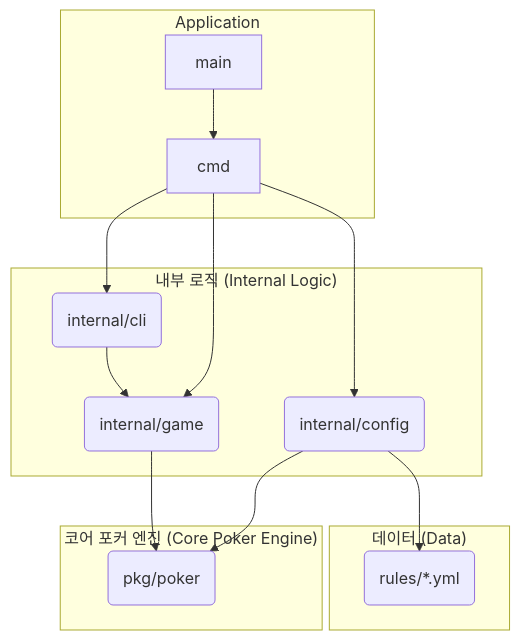
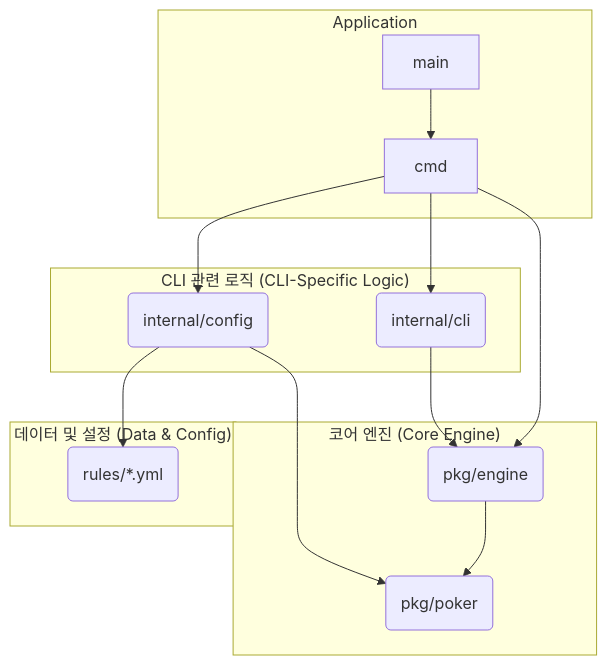
Before and after one commit to philipjkim/pls7-cli: the diagram in docs/architecture_ko.md, drawn with Mermaid. The commit also changed other lines of this file and 3 other files, not shown here.

````diff
--- a/docs/architecture_ko.md
+++ b/docs/architecture_ko.md
@@ -18,22 +19,22 @@
 ```mermaid
 graph TD
     subgraph Application
         main --> cmd
     end
 
-    subgraph "내부 로직 (Internal Logic)"
+    subgraph "CLI 관련 로직 (CLI-Specific Logic)"
         cmd --> internal_cli("internal/cli")
-        cmd --> internal_game("internal/game")
         cmd --> internal_config("internal/config")
-        internal_cli --> internal_game
     end
 
-    subgraph "코어 포커 엔진 (Core Poker Engine)"
-        internal_game --> pkg_poker("pkg/poker")
+    subgraph "코어 엔진 (Core Engine)"
+        cmd --> pkg_engine("pkg/engine")
+        internal_cli --> pkg_engine
+        pkg_engine --> pkg_poker("pkg/poker")
+    end
+    
+    subgraph "데이터 및 설정 (Data & Config)"
+        internal_config --> rules("rules/*.yml")
         internal_config --> pkg_poker
     end
-    
-    subgraph "데이터 (Data)"
-        internal_config --> rules("rules/*.yml")
-    end
 ```
````
